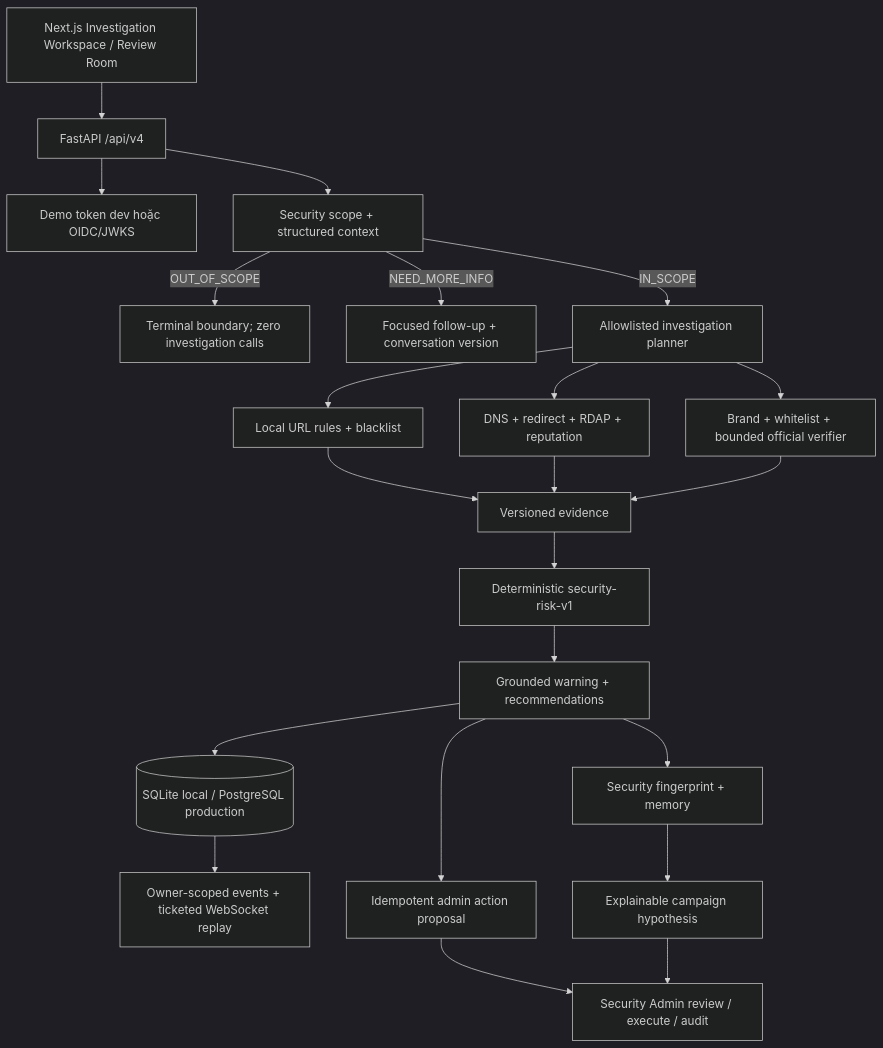
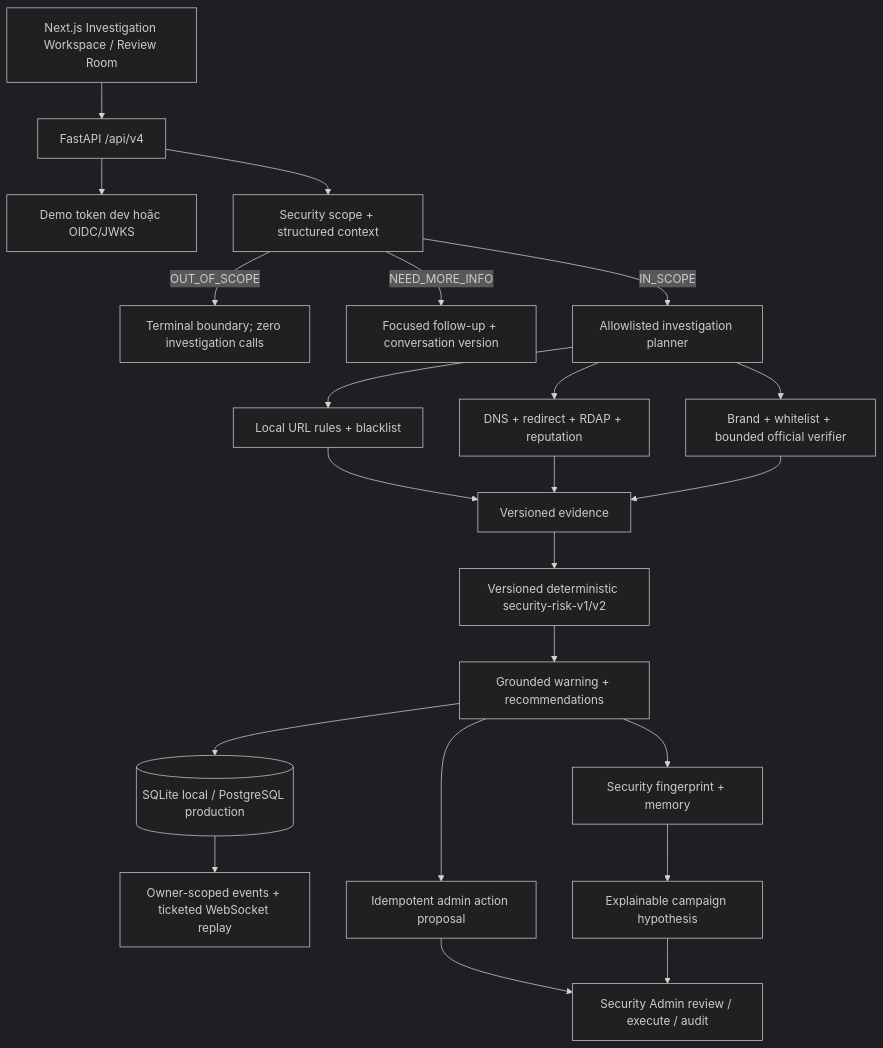
The diagram in docs/01-ARCHITECTURE.md (Binhdn04/TrustGuard-AI), drawn with Mermaid (dark theme) before and after one commit. The commit also changed other lines of this file and 52 other files, not shown here.

````diff
--- a/docs/01-ARCHITECTURE.md
+++ b/docs/01-ARCHITECTURE.md
@@ -21,24 +21,24 @@
 ```mermaid
 flowchart TD
     UI[Next.js Investigation Workspace / Review Room] --> API[FastAPI /api/v4]
     API --> Auth[Demo token dev hoặc OIDC/JWKS]
     API --> Scope[Security scope + structured context]
     Scope -->|OUT_OF_SCOPE| Boundary[Terminal boundary; zero investigation calls]
     Scope -->|NEED_MORE_INFO| FollowUp[Focused follow-up + conversation version]
     Scope -->|IN_SCOPE| Planner[Allowlisted investigation planner]
     Planner --> Local[Local URL rules + blacklist]
     Planner --> External[DNS + redirect + RDAP + reputation]
     Planner --> Trust[Brand + whitelist + bounded official verifier]
     Local --> Evidence[Versioned evidence]
     External --> Evidence
     Trust --> Evidence
-    Evidence --> Risk[Deterministic security-risk-v1]
+    Evidence --> Risk[Versioned deterministic security-risk-v1/v2]
     Risk --> Result[Grounded warning + recommendations]
     Result --> Store[(SQLite local / PostgreSQL production)]
     Store --> Events[Owner-scoped events + ticketed WebSocket replay]
     Result --> HITL[Idempotent admin action proposal]
     Result --> Memory[Security fingerprint + memory]
     Memory --> Campaign[Explainable campaign hypothesis]
     HITL --> Admin[Security Admin review / execute / audit]
     Campaign --> Admin
 ```
````
